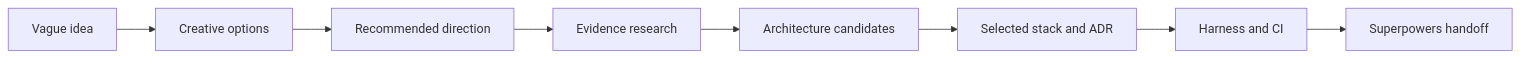
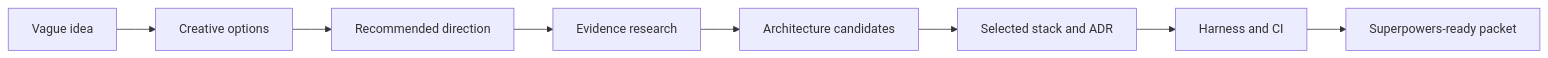
One commit to Haozhenyu123/project-forge changed the diagram in README.md. Above: the diagram before and after it, drawn with Mermaid. The commit also changed other lines of this file and 47 other files, not shown here.

Commit message:
feat: add Superpowers-ready handoff contract and marketplace polish

````diff
--- a/README.md
+++ b/README.md
@@ -22,10 +26,10 @@
 ```mermaid
 flowchart LR
     A[Vague idea] --> B[Creative options]
     B --> C[Recommended direction]
     C --> D[Evidence research]
     D --> E[Architecture candidates]
     E --> F[Selected stack and ADR]
     F --> G[Harness and CI]
-    G --> H[Superpowers handoff]
+    G --> H[Superpowers-ready packet]
 ```
````
